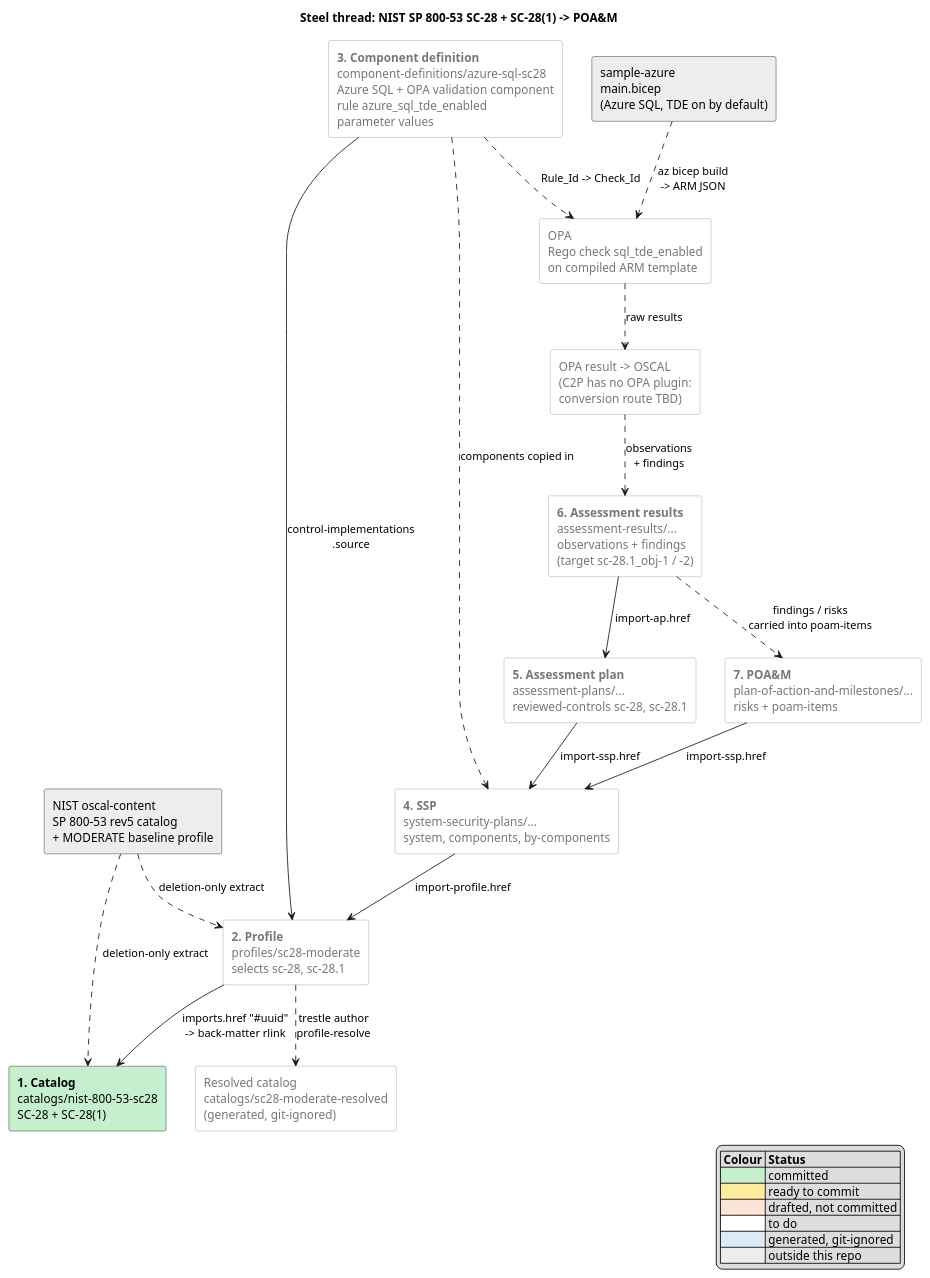
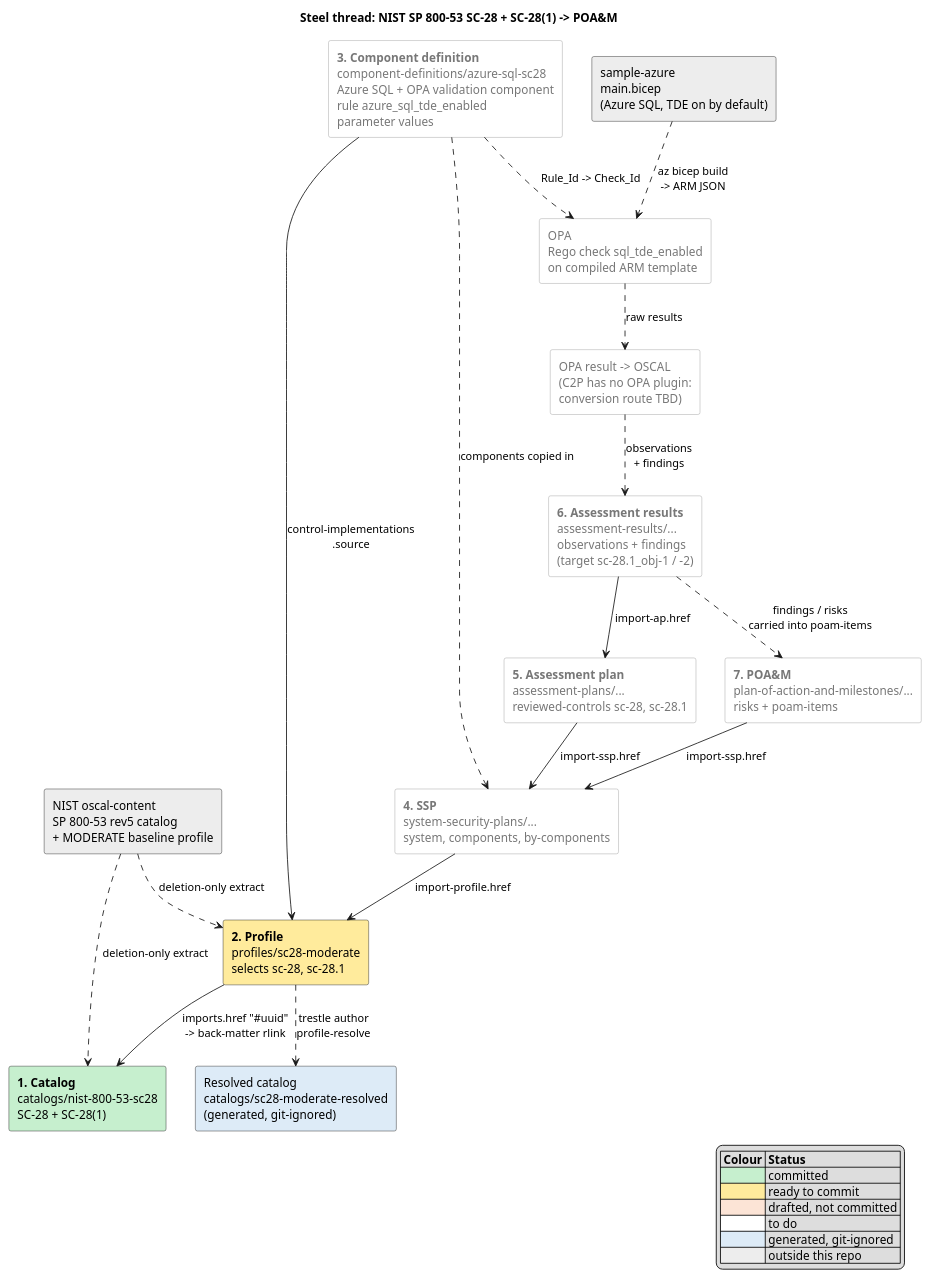
Before and after one commit to wolffy-au/frictionless-sample-oscal: the diagram in diagrams/steel-thread.puml, drawn with PlantUML. The commit also changed 3 other files, not shown here.

First line of the commit message:
Step 2: SC-28 + SC-28(1) profile extract and resolution diagram

```diff
--- a/diagrams/steel-thread.puml
+++ b/diagrams/steel-thread.puml
@@ -1,64 +1,64 @@
 @startuml steel-thread
 ' Overview of the SC-28 / SC-28(1) steel thread: one box per artefact,
 ' arrows = the OSCAL field that points each artefact at the previous one.
 ' Update the <<status>> of each box as steps are committed.
 title Steel thread: NIST SP 800-53 SC-28 + SC-28(1) -> POA&M
 hide circle
 hide stereotype
 skinparam rectangle {
   BackgroundColor<<committed>> #C6EFCE
   BackgroundColor<<ready>> #FFEB9C
   BackgroundColor<<draft>> #FCE4D6
   BackgroundColor<<todo>> #FFFFFF
   BackgroundColor<<external>> #EDEDED
   BackgroundColor<<generated>> #DDEBF7
   BorderColor<<todo>> #999999
   FontColor<<todo>> #777777
 }
 
 legend right
   |= Colour |= Status |
   |<#C6EFCE>| committed |
   |<#FFEB9C>| ready to commit |
   |<#FCE4D6>| drafted, not committed |
   |<#FFFFFF>| to do |
   |<#DDEBF7>| generated, git-ignored |
   |<#EDEDED>| outside this repo |
 endlegend
 
 ' ---- sources outside the repo ----
 rectangle "NIST oscal-content\nSP 800-53 rev5 catalog\n+ MODERATE baseline profile" as nist <<external>>
 rectangle "sample-azure\nmain.bicep\n(Azure SQL, TDE on by default)" as bicep <<external>>
 
 ' ---- OSCAL artefacts ----
 rectangle "**1. Catalog**\ncatalogs/nist-800-53-sc28\nSC-28 + SC-28(1)" as cat <<committed>>
-rectangle "**2. Profile**\nprofiles/sc28-moderate\nselects sc-28, sc-28.1" as prof <<todo>>
-rectangle "Resolved catalog\ncatalogs/sc28-moderate-resolved\n(generated, git-ignored)" as res <<todo>>
+rectangle "**2. Profile**\nprofiles/sc28-moderate\nselects sc-28, sc-28.1" as prof <<ready>>
+rectangle "Resolved catalog\ncatalogs/sc28-moderate-resolved\n(generated, git-ignored)" as res <<generated>>
 rectangle "**3. Component definition**\ncomponent-definitions/azure-sql-sc28\nAzure SQL + OPA validation component\nrule azure_sql_tde_enabled\nparameter values" as cd <<todo>>
 rectangle "**4. SSP**\nsystem-security-plans/...\nsystem, components, by-components" as ssp <<todo>>
 rectangle "**5. Assessment plan**\nassessment-plans/...\nreviewed-controls sc-28, sc-28.1" as ap <<todo>>
 rectangle "**6. Assessment results**\nassessment-results/...\nobservations + findings\n(target sc-28.1_obj-1 / -2)" as ar <<todo>>
 rectangle "**7. POA&M**\nplan-of-action-and-milestones/...\nrisks + poam-items" as poam <<todo>>
 
 ' ---- automation ----
 rectangle "OPA\nRego check sql_tde_enabled\non compiled ARM template" as opa <<todo>>
 rectangle "OPA result -> OSCAL\n(C2P has no OPA plugin:\nconversion route TBD)" as conv <<todo>>
 
 ' ---- references ----
 nist ..> cat : deletion-only extract
 nist ..> prof : deletion-only extract
 prof --> cat : imports.href "#uuid"\n-> back-matter rlink
 prof ..> res : trestle author\nprofile-resolve
 cd --> prof : control-implementations\n.source
 ssp --> prof : import-profile.href
 cd ..> ssp : components copied in
 ap --> ssp : import-ssp.href
 ar --> ap : import-ap.href
 poam --> ssp : import-ssp.href
 ar ..> poam : findings / risks\ncarried into poam-items
 
 cd ..> opa : Rule_Id -> Check_Id
 bicep ..> opa : az bicep build\n-> ARM JSON
 opa ..> conv : raw results
 conv ..> ar : observations\n+ findings
 @enduml
```
